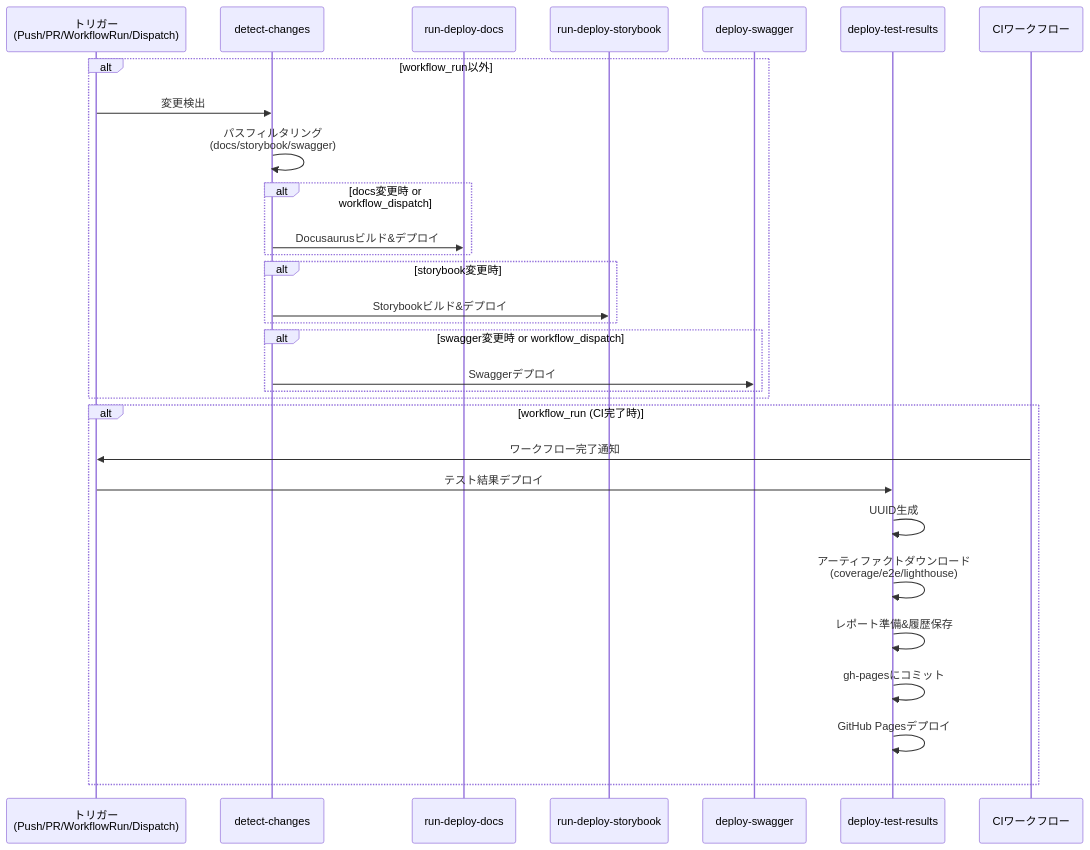
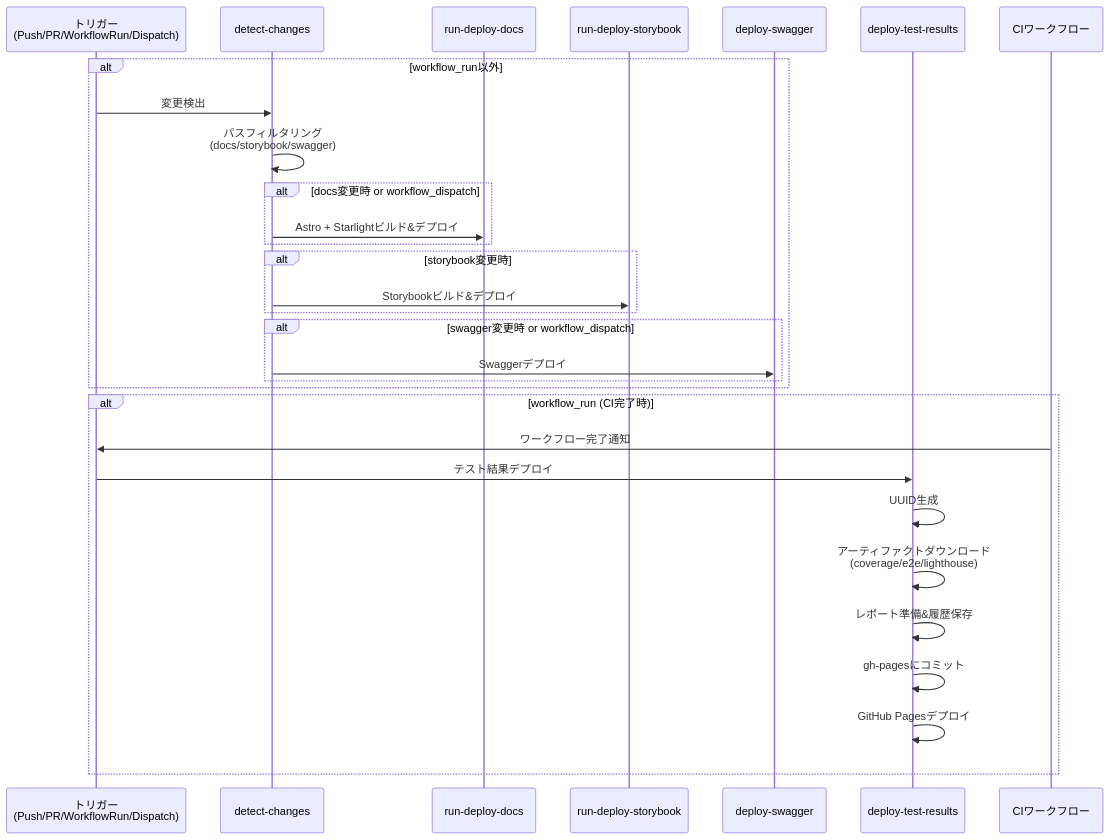
Before and after one commit to ageha734/portfolio: the second of 3 diagrams in docs/development/ci-cd-tools.md, drawn with Mermaid. The commit also changed other lines of this file and 19 other files, not shown here.

````diff
--- a/docs/development/ci-cd-tools.md
+++ b/docs/development/ci-cd-tools.md
@@ -298,37 +298,37 @@
 ```mermaid
 sequenceDiagram
     participant Trigger as トリガー<br/>(Push/PR/WorkflowRun/Dispatch)
     participant Detect as detect-changes
     participant DeployDocs as run-deploy-docs
     participant DeployStorybook as run-deploy-storybook
     participant DeploySwagger as deploy-swagger
     participant DeployTestResults as deploy-test-results
     participant CI as CIワークフロー
 
     alt workflow_run以外
         Trigger->>Detect: 変更検出
         Detect->>Detect: パスフィルタリング<br/>(docs/storybook/swagger)
 
         alt docs変更時 or workflow_dispatch
-            Detect->>DeployDocs: Docusaurusビルド&デプロイ
+            Detect->>DeployDocs: Astro + Starlightビルド&デプロイ
         end
 
         alt storybook変更時
             Detect->>DeployStorybook: Storybookビルド&デプロイ
         end
 
         alt swagger変更時 or workflow_dispatch
             Detect->>DeploySwagger: Swaggerデプロイ
         end
     end
 
     alt workflow_run (CI完了時)
         CI->>Trigger: ワークフロー完了通知
         Trigger->>DeployTestResults: テスト結果デプロイ
         DeployTestResults->>DeployTestResults: UUID生成
         DeployTestResults->>DeployTestResults: アーティファクトダウンロード<br/>(coverage/e2e/lighthouse)
         DeployTestResults->>DeployTestResults: レポート準備&履歴保存
         DeployTestResults->>DeployTestResults: gh-pagesにコミット
         DeployTestResults->>DeployTestResults: GitHub Pagesデプロイ
     end
 ```
````
